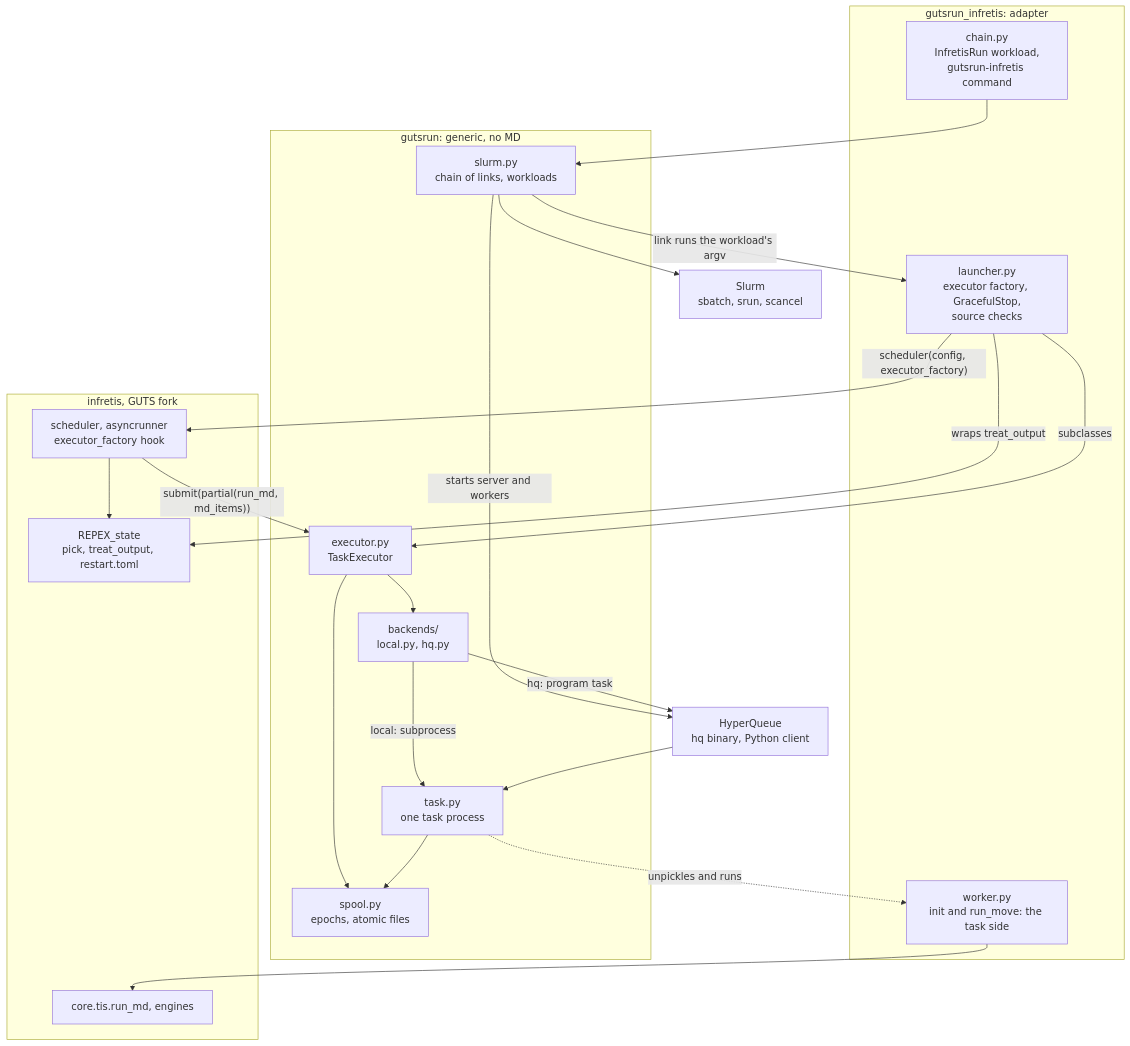
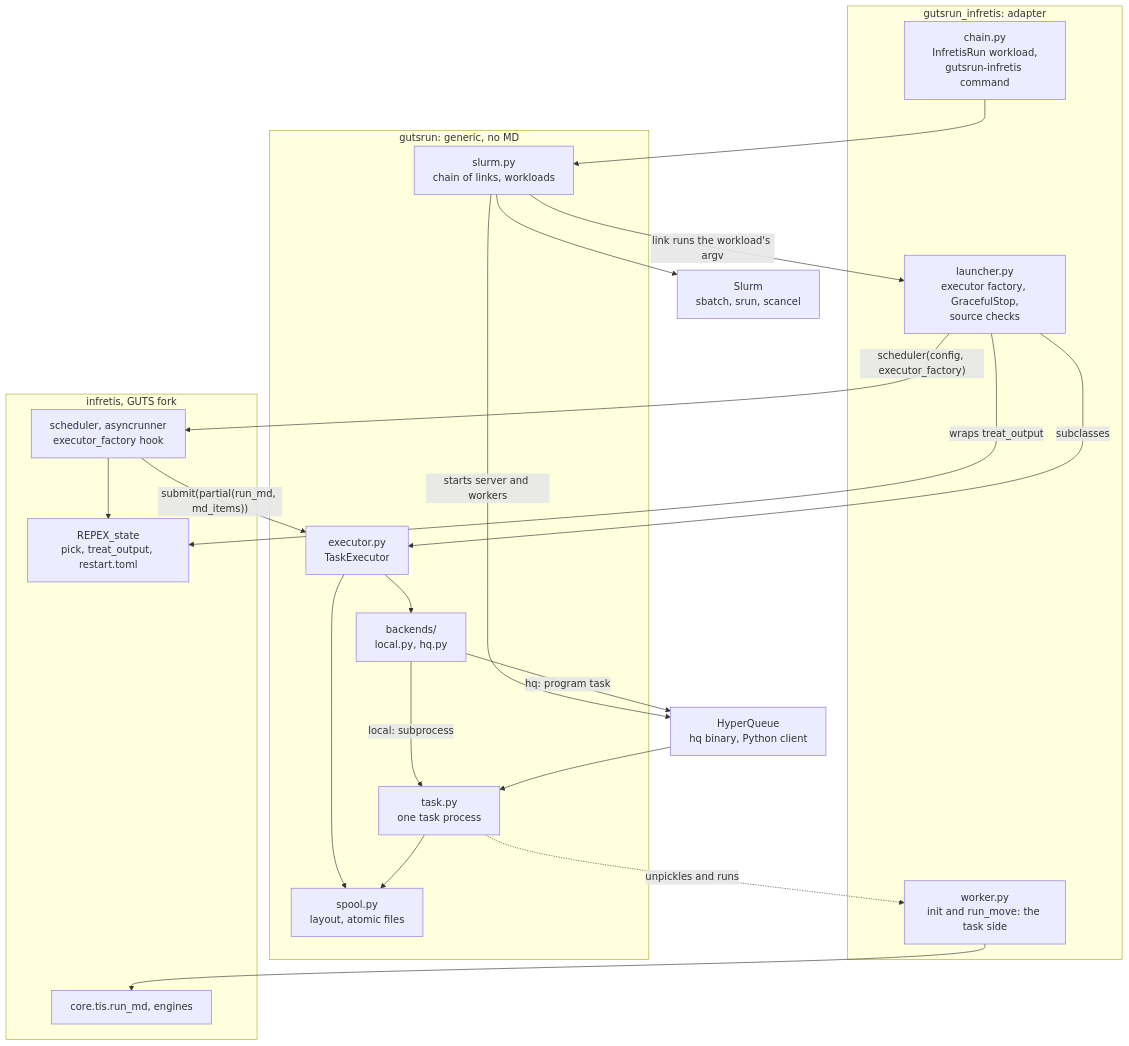
The second of 3 diagrams in DEVELOPMENT.md (GUTSframework/infretis_hyperqueue), drawn with Mermaid before and after one commit. The commit also changed other lines of this file and 9 other files, not shown here.

First line of the commit message:
Drop the spool's epochs

````diff
--- a/DEVELOPMENT.md
+++ b/DEVELOPMENT.md
@@ -78,40 +78,40 @@
 ```mermaid
 flowchart TB
     subgraph adapter["gutsrun_infretis: adapter"]
         ichain["chain.py<br/>InfretisRun workload,<br/>gutsrun-infretis command"]
         launcher["launcher.py<br/>executor factory, GracefulStop,<br/>source checks"]
         worker["worker.py<br/>init and run_move: the task side"]
     end
     subgraph generic["gutsrun: generic, no MD"]
         slurm["slurm.py<br/>chain of links, workloads"]
         executor["executor.py<br/>TaskExecutor"]
-        spool["spool.py<br/>epochs, atomic files"]
+        spool["spool.py<br/>layout, atomic files"]
         task["task.py<br/>one task process"]
         backends["backends/<br/>local.py, hq.py"]
     end
     subgraph infretis["infretis, GUTS fork"]
         sched["scheduler, asyncrunner<br/>executor_factory hook"]
         repex["REPEX_state<br/>pick, treat_output, restart.toml"]
         engines["core.tis.run_md, engines"]
     end
     hq["HyperQueue<br/>hq binary, Python client"]
     sl["Slurm<br/>sbatch, srun, scancel"]
 
     ichain --> slurm
     slurm --> sl
     slurm -- "starts server and workers" --> hq
     slurm -- "link runs the workload's argv" --> launcher
     launcher -- "scheduler(config, executor_factory)" --> sched
     launcher -- "wraps treat_output" --> repex
     launcher -- "subclasses" --> executor
     sched --> repex
     sched -- "submit(partial(run_md, md_items))" --> executor
     executor --> spool
     executor --> backends
     backends -- "local: subprocess" --> task
     backends -- "hq: program task" --> hq
     hq --> task
     task --> spool
     task -. "unpickles and runs" .-> worker
     worker --> engines
 ```
````
